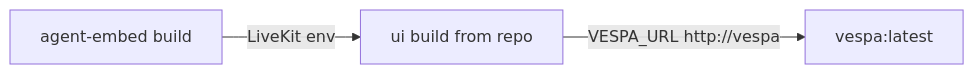
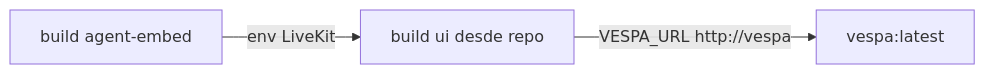
One commit to 13g4d0/docu-es changed the third of 3 diagrams in docs/as-built/identiarag-software.md. Above: the diagram before and after it, drawn with Mermaid. The commit also changed other lines of this file and 38 other files, not shown here.

````diff
--- a/docs/as-built/identiarag-software.md
+++ b/docs/as-built/identiarag-software.md
@@ -54,9 +54,9 @@
 ```mermaid
 flowchart LR
   vespa[vespa:latest]
-  ui[ui build from repo]
-  embed[agent-embed build]
+  ui[build ui desde repo]
+  embed[build agent-embed]
 
   ui -->|VESPA_URL http://vespa| vespa
-  embed -->|LiveKit env| ui
+  embed -->|env LiveKit| ui
 ```
````
